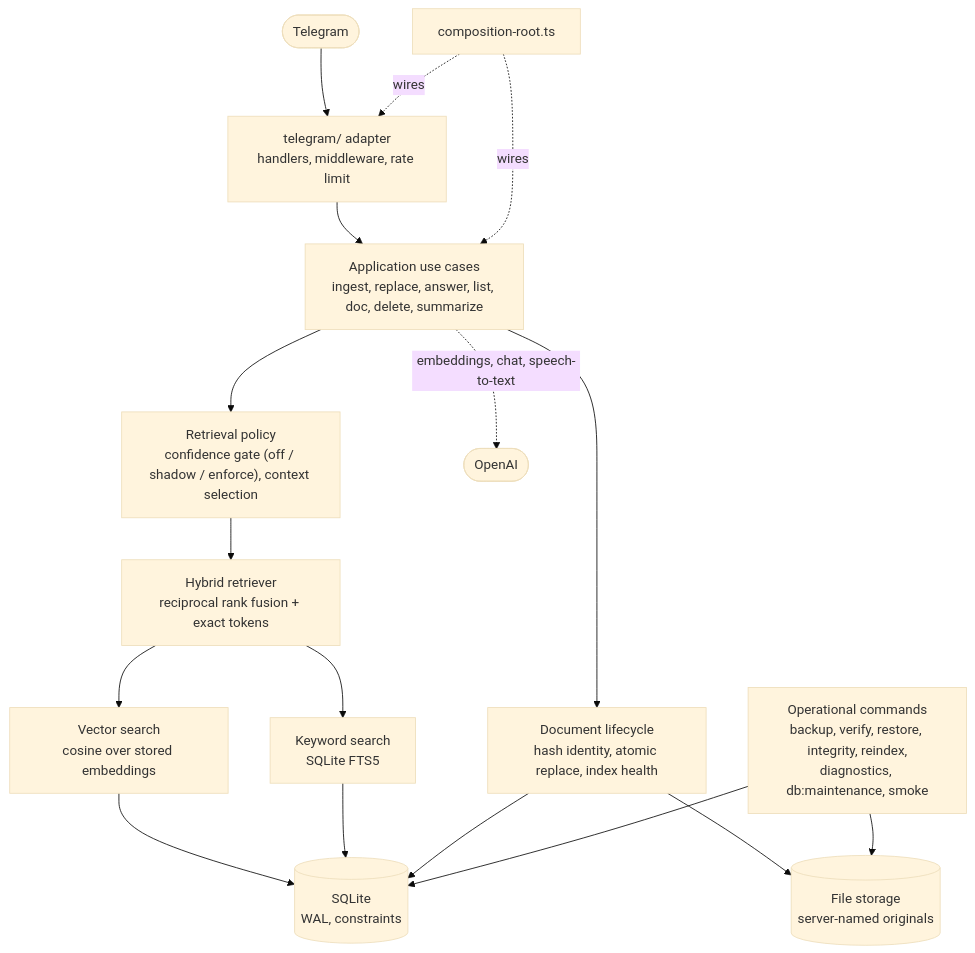
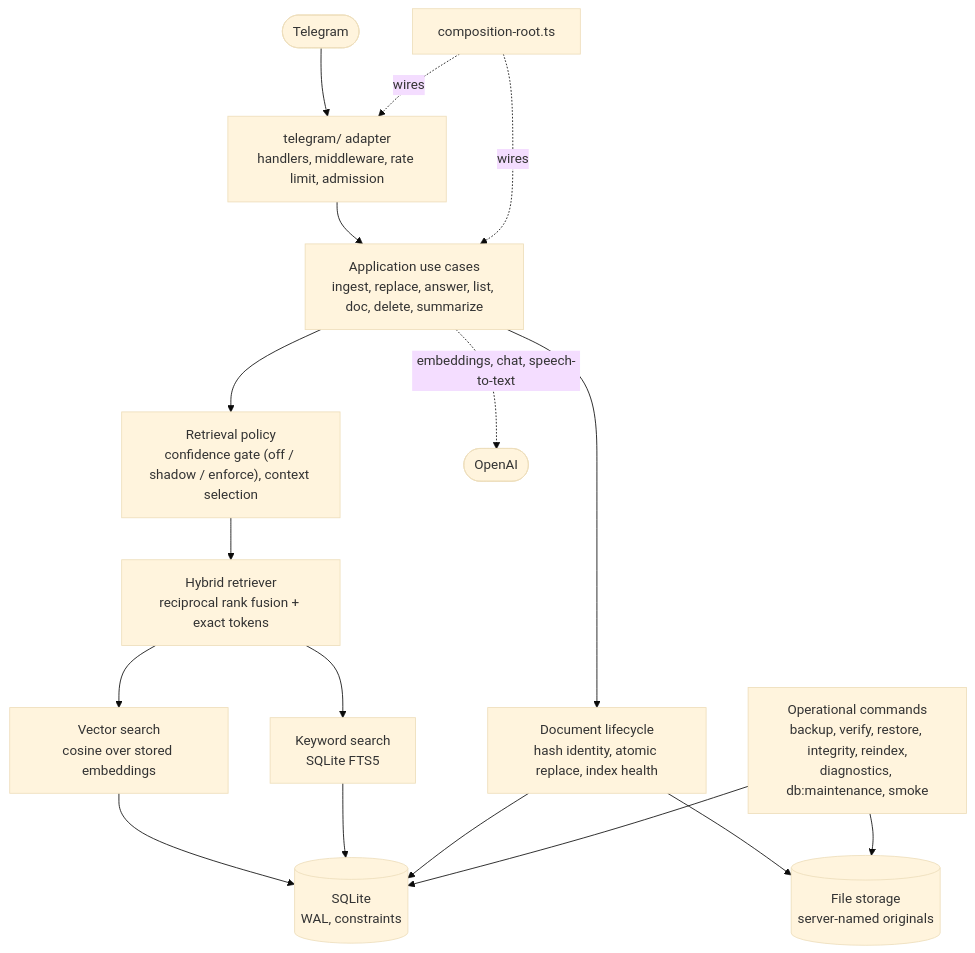
One commit to AlexTikhon/ai-assistant-tg-bot changed the first of 2 diagrams in docs/architecture.md. Above: the diagram before and after it, drawn with Mermaid (base theme). The commit also changed other lines of this file and 23 other files, not shown here.

First line of the commit message:
feat: bounded admission for expensive Telegram requests

````diff
--- a/docs/architecture.md
+++ b/docs/architecture.md
@@ -5,19 +5,19 @@
 ```mermaid
 flowchart TB
-  TG([Telegram]) --> AD["telegram/ adapter<br/>handlers, middleware, rate limit"]
+  TG([Telegram]) --> AD["telegram/ adapter<br/>handlers, middleware, rate limit, admission"]
   AD --> UC["Application use cases<br/>ingest, replace, answer, list, doc, delete, summarize"]
   UC --> RP["Retrieval policy<br/>confidence gate (off / shadow / enforce), context selection"]
   RP --> HR["Hybrid retriever<br/>reciprocal rank fusion + exact tokens"]
   HR --> VEC["Vector search<br/>cosine over stored embeddings"]
   HR --> FTS["Keyword search<br/>SQLite FTS5"]
   UC --> LC["Document lifecycle<br/>hash identity, atomic replace, index health"]
   VEC --> DB[("SQLite<br/>WAL, constraints")]
   FTS --> DB
   LC --> DB
   LC --> FILES[("File storage<br/>server-named originals")]
   UC -. "embeddings, chat, speech-to-text" .-> OAI([OpenAI])
   OPS["Operational commands<br/>backup, verify, restore, integrity, reindex,<br/>diagnostics, db:maintenance, smoke"] --> DB
   OPS --> FILES
   CR["composition-root.ts"] -. wires .-> AD
   CR -. wires .-> UC
 ```
````
